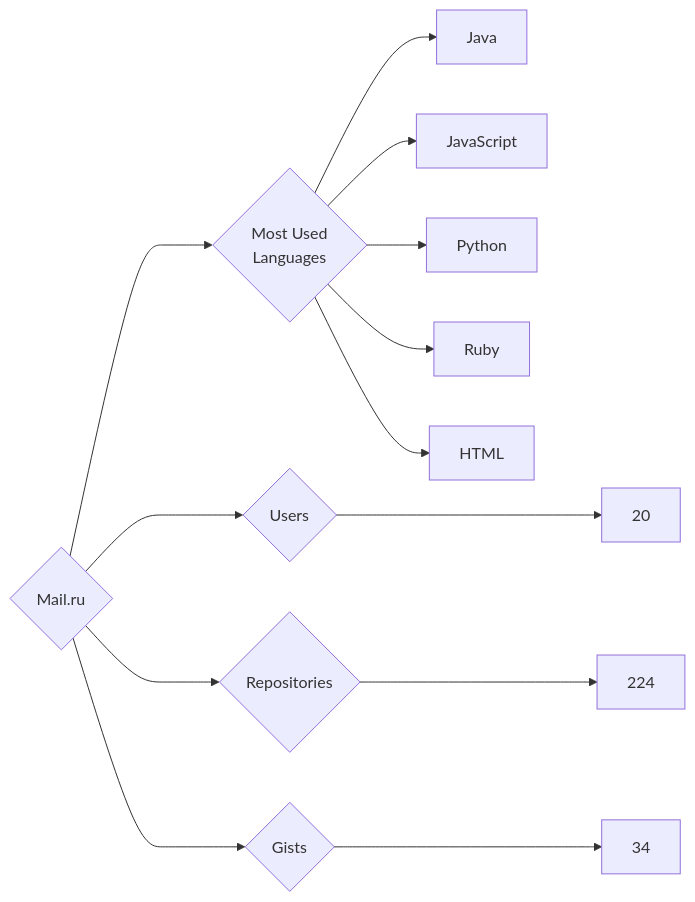
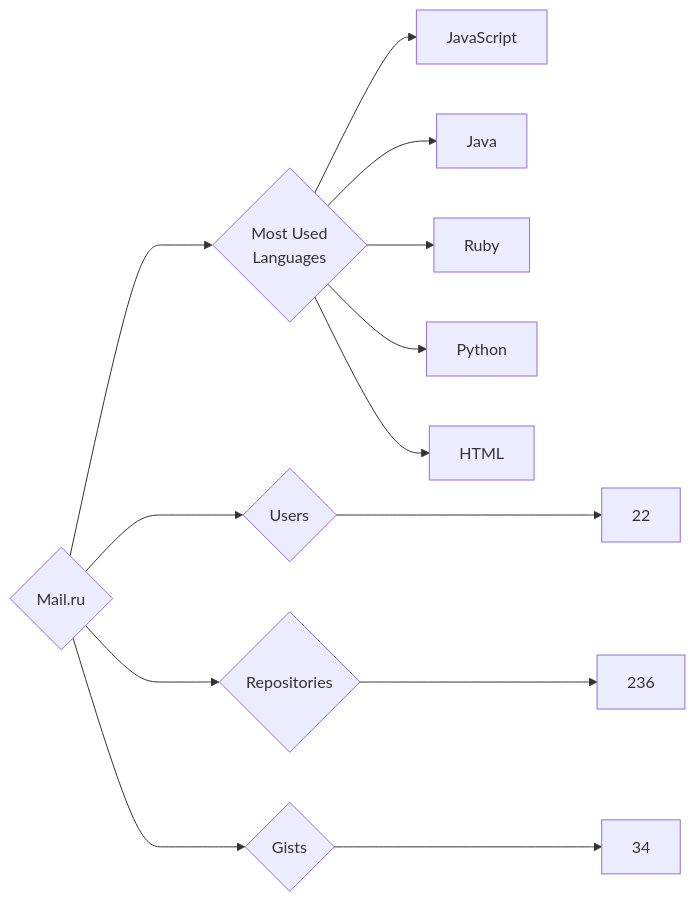
Before and after one commit to trickest/insiders: the diagram in targets/Mail.ru/README.md, drawn with Mermaid. The commit also changed 750 other files, not shown here.

````diff
--- a/targets/Mail.ru/README.md
+++ b/targets/Mail.ru/README.md
@@ -3,13 +3,13 @@
 ```mermaid
 graph LR
 COMPANY_NAME{Mail.ru}
-COMPANY_NAME ---> U{Users} ---> UN[20]
-COMPANY_NAME ---> R{Repositories} ---> RN[224]
+COMPANY_NAME ---> U{Users} ---> UN[22]
+COMPANY_NAME ---> R{Repositories} ---> RN[236]
 COMPANY_NAME ---> G{Gists} ---> GN[34]
 COMPANY_NAME ---> ML{Most Used<br>Languages}
+ML --> JavaScript[JavaScript]
 ML --> Java[Java]
-ML --> JavaScript[JavaScript]
+ML --> Ruby[Ruby]
 ML --> Python[Python]
-ML --> Ruby[Ruby]
 ML --> HTML[HTML]
 ```
````
